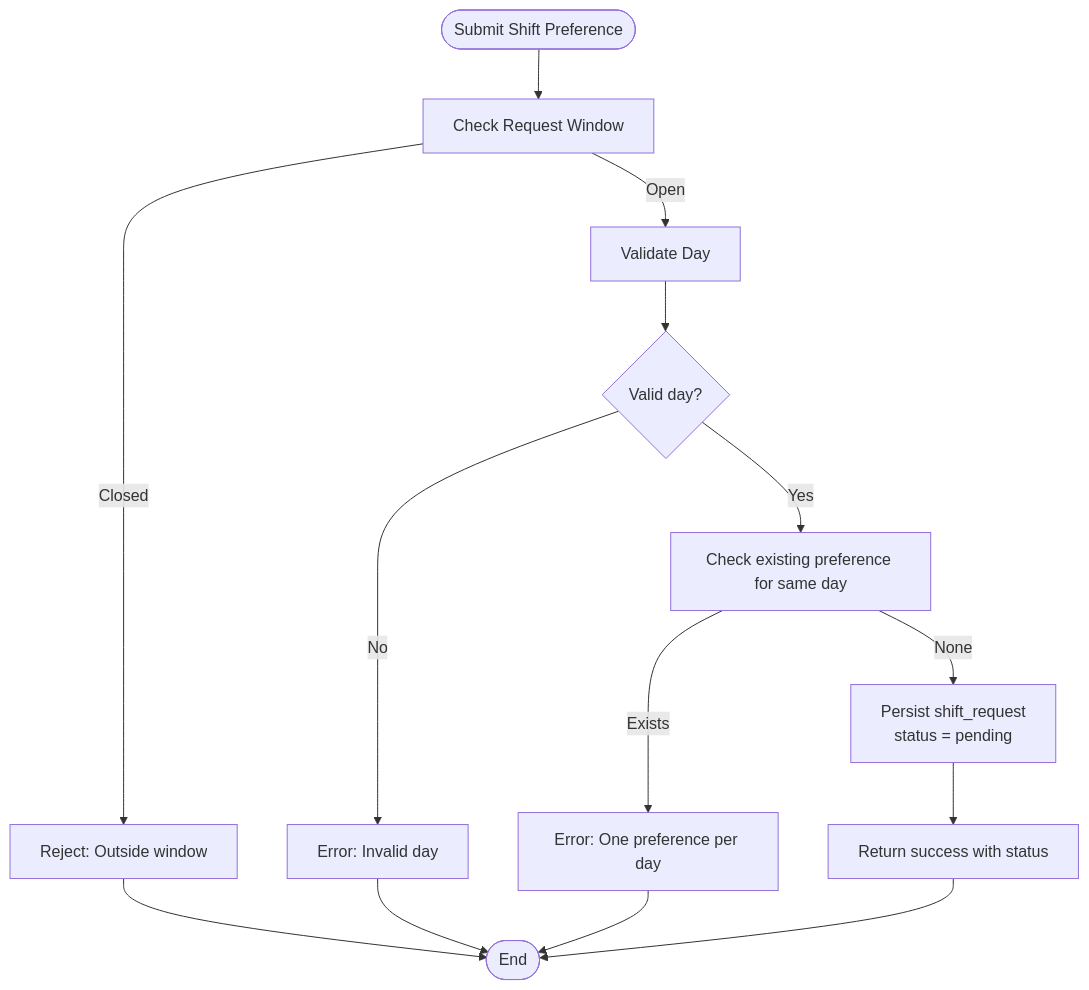
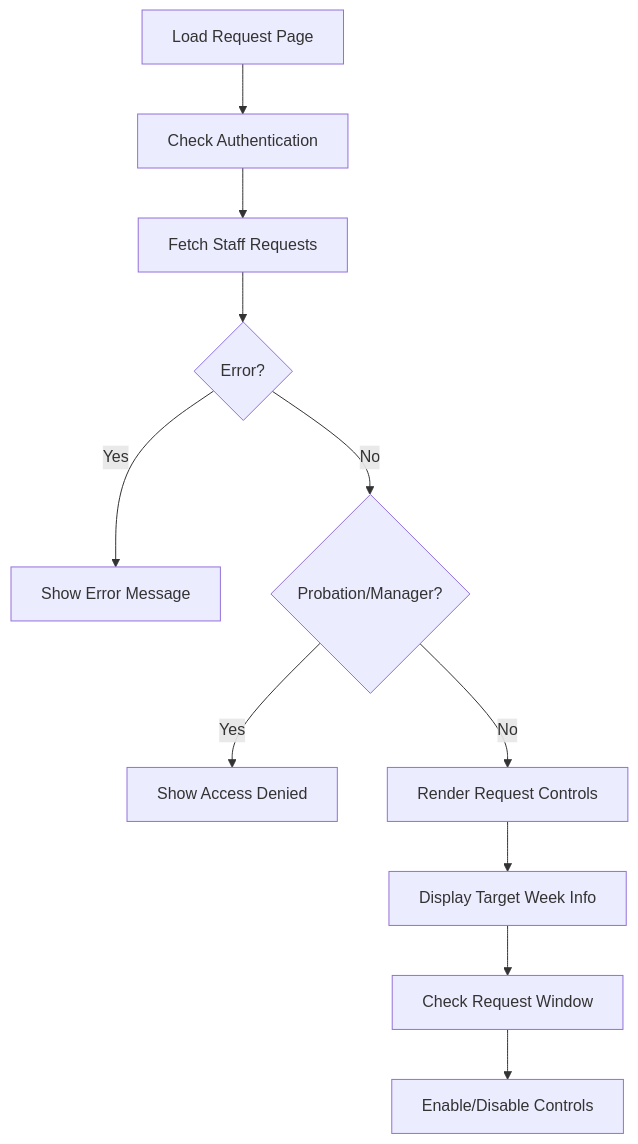
Before and after one commit to epo33m/scheduling: the fifth of 12 diagrams in .qoder/repowiki/en/content/Product Requirements Document/Functional Specifications/Request Management Module (F3).md, drawn with Mermaid. The commit also changed other lines of this file and 1 other file, not shown here.

First line of the commit message:
chore(repowiki): regenerate F3 request management knowledge doc

````diff
--- a/.qoder/repowiki/en/content/Product Requirements Document/Functional Specifications/Request Management Module (F3).md
+++ b/.qoder/repowiki/en/content/Product Requirements Document/Functional Specifications/Request Management Module (F3).md
@@ -168,16 +278,13 @@
 ```mermaid
 flowchart TD
-Start(["Submit Shift Preference"]) --> CheckWindow["Check Request Window"]
-CheckWindow --> |Closed| Reject["Reject: Outside window"]
-CheckWindow --> |Open| ValidateDay["Validate Day"]
-ValidateDay --> Valid{"Valid day?"}
-Valid --> |No| ErrorDay["Error: Invalid day"]
-Valid --> |Yes| CheckExisting["Check existing preference for same day"]
-CheckExisting --> |Exists| ErrorDup["Error: One preference per day"]
-CheckExisting --> |None| Persist["Persist shift_request<br/>status = pending"]
-Persist --> Success["Return success with status"]
-Reject --> End(["End"])
-ErrorDay --> End
-ErrorDup --> End
-Success --> End
+LoadPage["Load Request Page"] --> CheckAuth["Check Authentication"]
+CheckAuth --> GetRequests["Fetch Staff Requests"]
+GetRequests --> HandleError{"Error?"}
+HandleError --> |Yes| ShowError["Show Error Message"]
+HandleError --> |No| CheckGated{"Probation/Manager?"}
+CheckGated --> |Yes| ShowGate["Show Access Denied"]
+CheckGated --> |No| RenderControls["Render Request Controls"]
+RenderControls --> DisplayWeek["Display Target Week Info"]
+DisplayWeek --> CheckWindow["Check Request Window"]
+CheckWindow --> EnableControls["Enable/Disable Controls"]
 ```
````
